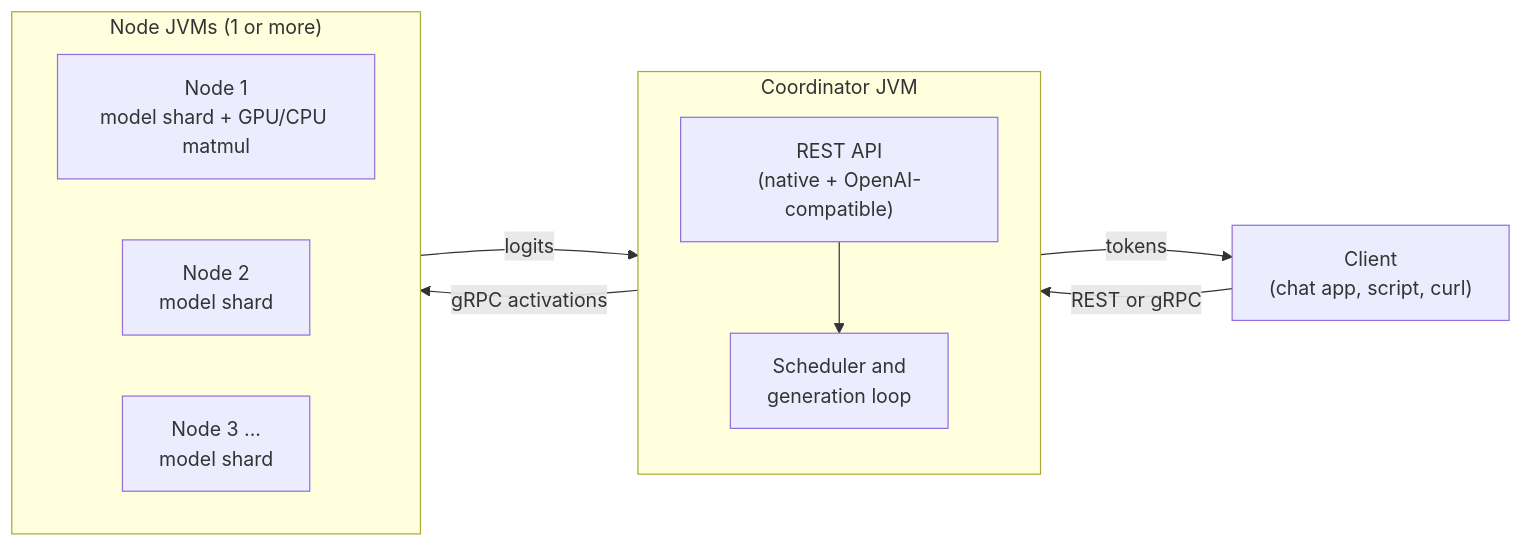
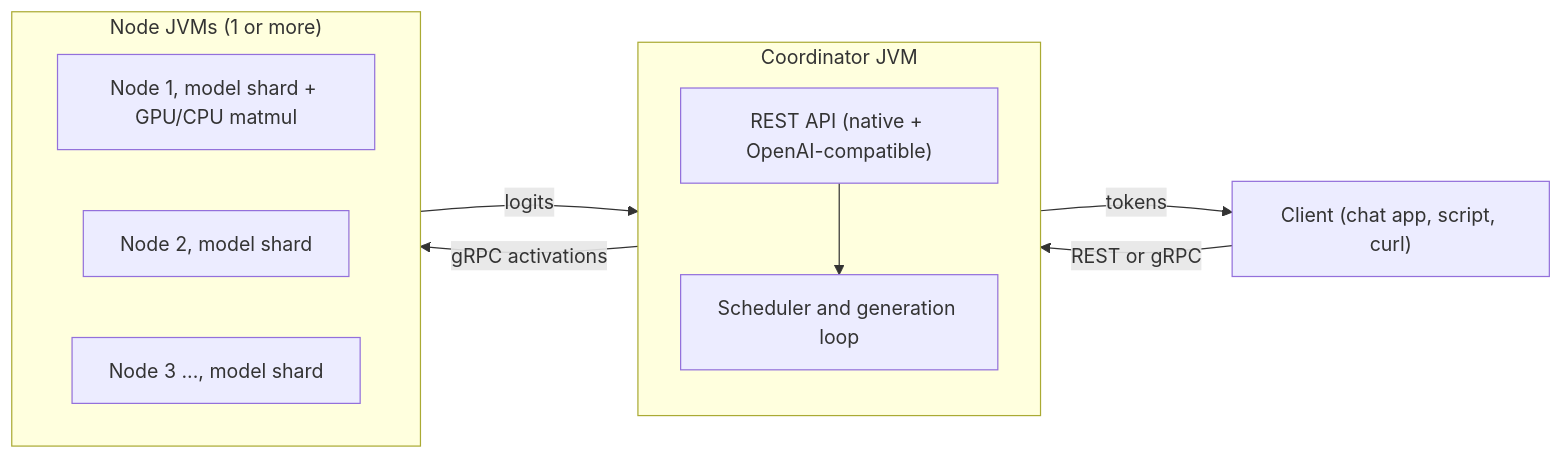
The diagram in juno-documentation/part2/01-overview.md (ml-cab/juno), drawn with Mermaid before and after one commit. The commit also changed 20 other files, not shown here.

Commit message:
mermaids updated, getting rid of new line character

````diff
--- a/juno-documentation/part2/01-overview.md
+++ b/juno-documentation/part2/01-overview.md
@@ -14,23 +14,23 @@
 ```mermaid
 flowchart LR
-    Client["Client\n(chat app, script, curl)"] -->|"REST or gRPC"| Coordinator
+    Client["Client (chat app, script, curl)"] -->|"REST or gRPC"| Coordinator
 
     subgraph Coordinator["Coordinator JVM"]
         direction TB
-        API["REST API\n(native + OpenAI-compatible)"]
-        Sched["Scheduler and\ngeneration loop"]
+        API["REST API (native + OpenAI-compatible)"]
+        Sched["Scheduler and generation loop"]
         API --> Sched
     end
 
     Coordinator -->|"gRPC activations"| Nodes
 
     subgraph Nodes["Node JVMs (1 or more)"]
         direction LR
-        N1["Node 1\nmodel shard + GPU/CPU matmul"]
-        N2["Node 2\nmodel shard"]
-        N3["Node 3 ...\nmodel shard"]
+        N1["Node 1, model shard + GPU/CPU matmul"]
+        N2["Node 2, model shard"]
+        N3["Node 3 ..., model shard"]
     end
 
     Nodes -->|"logits"| Coordinator
     Coordinator -->|"tokens"| Client
 ```
````
